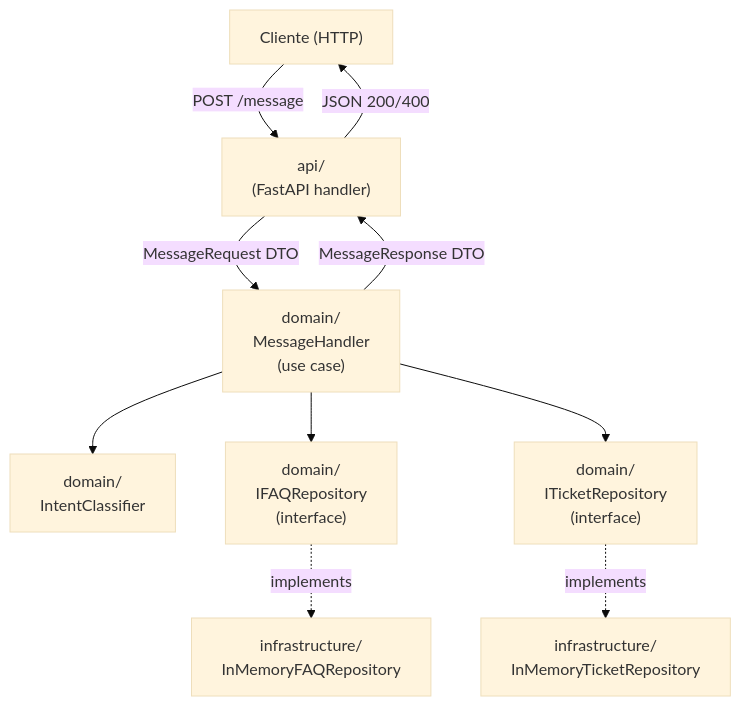
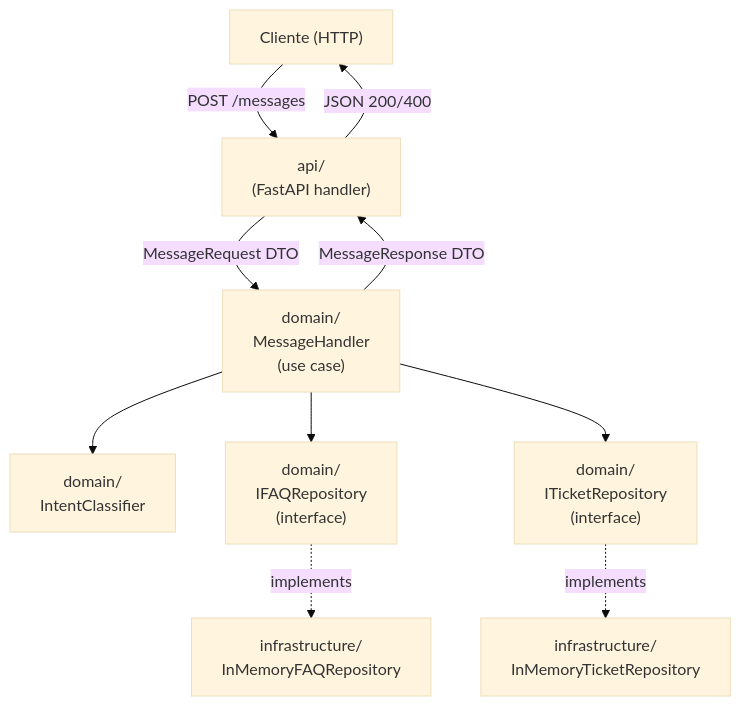
Before and after one commit to IA-para-DEVs-SCTEC-T2/grupo07-semana03-techstorebot: the first of 2 diagrams in .kiro/specs/techstore-supportbot/design.md, drawn with Mermaid (base theme). The commit also changed other lines of this file and 2 other files, not shown here.

Commit message:
change enpoint name for restful api best practices

````diff
--- a/.kiro/specs/techstore-supportbot/design.md
+++ b/.kiro/specs/techstore-supportbot/design.md
@@ -18,21 +18,21 @@
 ```mermaid
 graph TD
     Client["Cliente (HTTP)"]
     API["api/\n(FastAPI handler)"]
     DomainMH["domain/\nMessageHandler\n(use case)"]
     DomainIC["domain/\nIntentClassifier"]
     DomainFR["domain/\nIFAQRepository\n(interface)"]
     DomainTR["domain/\nITicketRepository\n(interface)"]
     InfraFR["infrastructure/\nInMemoryFAQRepository"]
     InfraTR["infrastructure/\nInMemoryTicketRepository"]
 
-    Client -->|POST /message| API
+    Client -->|POST /messages| API
     API -->|MessageRequest DTO| DomainMH
     DomainMH --> DomainIC
     DomainMH --> DomainFR
     DomainMH --> DomainTR
     DomainFR -.->|implements| InfraFR
     DomainTR -.->|implements| InfraTR
     DomainMH -->|MessageResponse DTO| API
     API -->|JSON 200/400| Client
 ```
````
